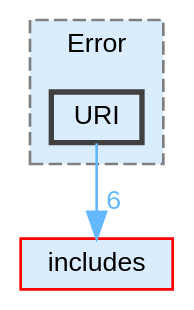
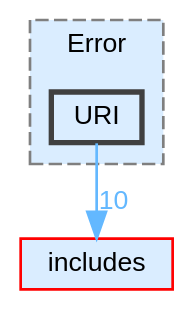
Before and after one commit to JS-CMP/JS-CMP: the diagram in dir_4fd22d8a2bae0178f5ca3f6aa4c6f551_dep.dot, drawn with Graphviz. The commit also changed 428 other files, not shown here.

```diff
--- a/dir_4fd22d8a2bae0178f5ca3f6aa4c6f551_dep.dot
+++ b/dir_4fd22d8a2bae0178f5ca3f6aa4c6f551_dep.dot
@@ -1,14 +1,14 @@
 digraph "lib/types/objects/Error/URI"
 {
  // LATEX_PDF_SIZE
   bgcolor="transparent";
   edge [fontname=Helvetica,fontsize=10,labelfontname=Helvetica,labelfontsize=10];
   node [fontname=Helvetica,fontsize=10,shape=box,height=0.2,width=0.4];
   compound=true
   subgraph clusterdir_862d1438bfa46f850b5cbd4b20120044 {
     graph [ bgcolor="#daedff", pencolor="grey50", label="Error", fontname=Helvetica,fontsize=10 style="filled,dashed", URL="dir_862d1438bfa46f850b5cbd4b20120044.html",tooltip=""]
   dir_4fd22d8a2bae0178f5ca3f6aa4c6f551 [label="URI", fillcolor="#daedff", color="grey25", style="filled,bold", URL="dir_4fd22d8a2bae0178f5ca3f6aa4c6f551.html",tooltip=""];
   }
   dir_09e761304027c904456130627fd4dcf5 [label="includes", fillcolor="#daedff", color="red", style="filled", URL="dir_09e761304027c904456130627fd4dcf5.html",tooltip=""];
-  dir_4fd22d8a2bae0178f5ca3f6aa4c6f551->dir_09e761304027c904456130627fd4dcf5 [headlabel="6", labeldistance=1.5 headhref="dir_000046_000019.html" href="dir_000046_000019.html" color="steelblue1" fontcolor="steelblue1"];
+  dir_4fd22d8a2bae0178f5ca3f6aa4c6f551->dir_09e761304027c904456130627fd4dcf5 [headlabel="10", labeldistance=1.5 headhref="dir_000046_000019.html" href="dir_000046_000019.html" color="steelblue1" fontcolor="steelblue1"];
 }
```
